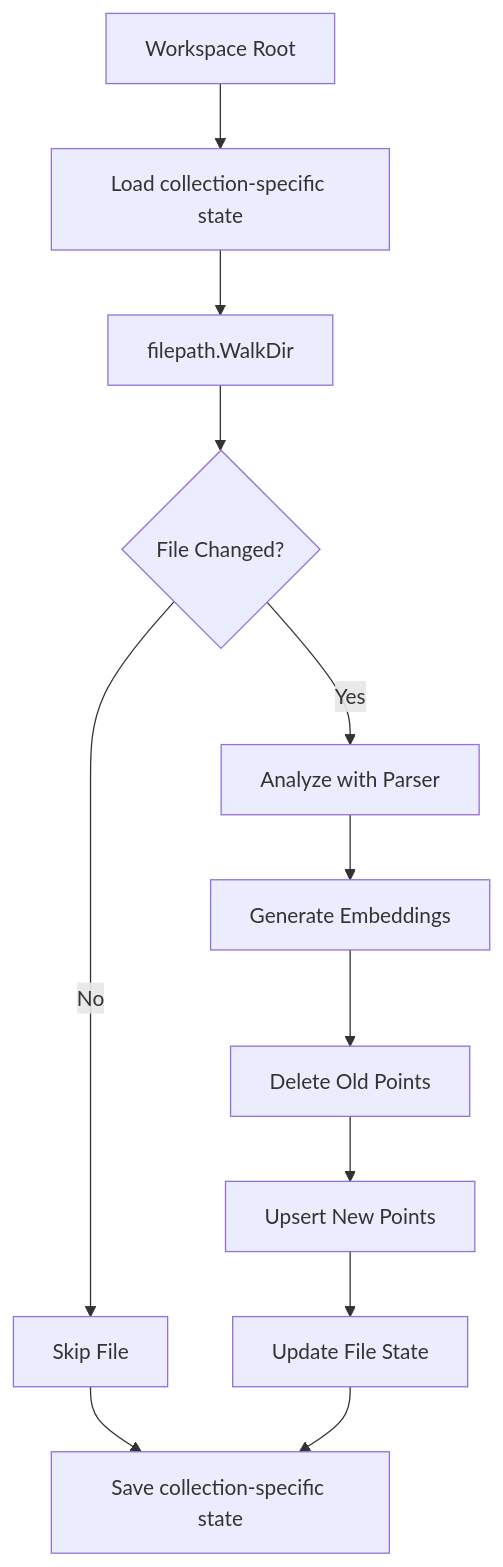
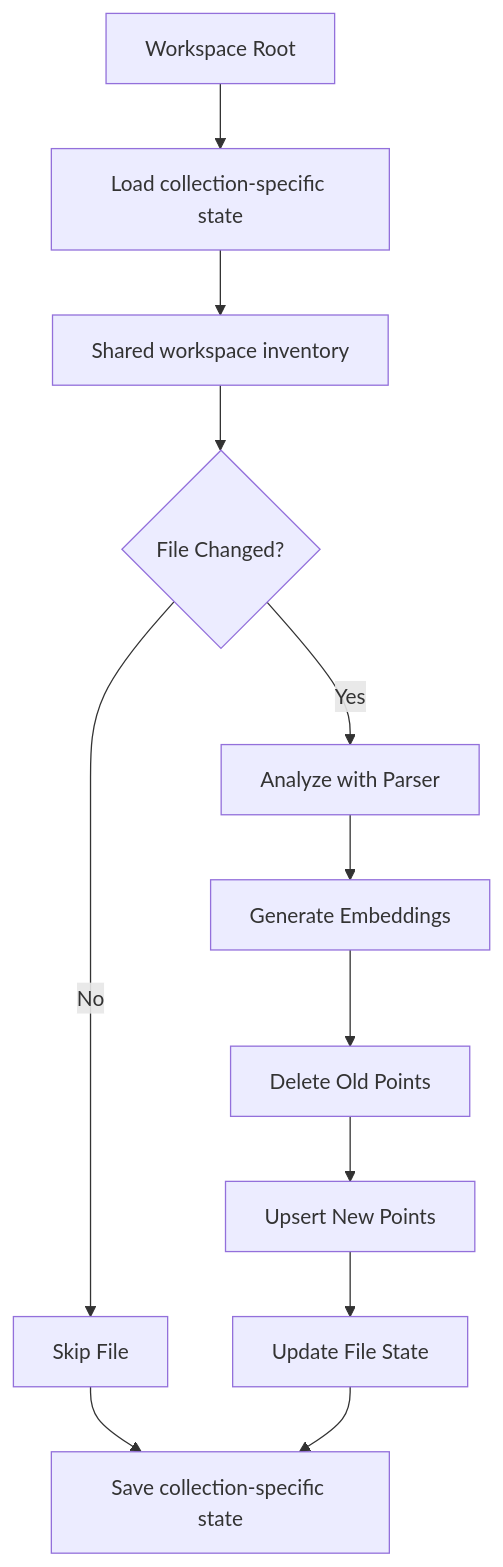
One commit to doITmagic/rag-code-mcp changed the diagram in pkg/indexer/README.md. Above: the diagram before and after it, drawn with Mermaid. The commit also changed other lines of this file and 5 other files, not shown here.

````diff
--- a/pkg/indexer/README.md
+++ b/pkg/indexer/README.md
@@ -20,13 +21,13 @@
 ```mermaid
 graph TD
     A[Workspace Root] --> B[Load collection-specific state]
-    B --> C[filepath.WalkDir]
+    B --> C[Shared workspace inventory]
     C --> D{File Changed?}
     D -- No --> E[Skip File]
     D -- Yes --> F[Analyze with Parser]
     F --> G[Generate Embeddings]
     G --> H[Delete Old Points]
     H --> I[Upsert New Points]
     I --> J[Update File State]
     E & J --> K[Save collection-specific state]
 ```
````
